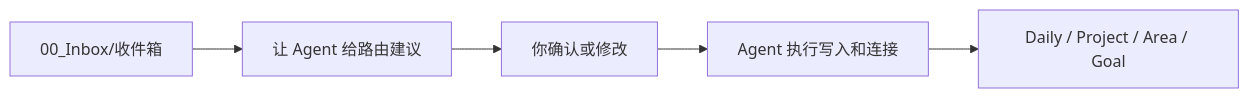
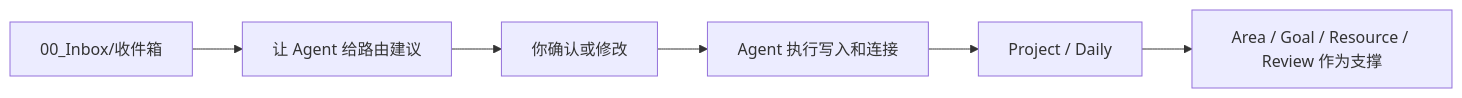
The diagram in vault-template/70_Dashboards/Inbox处理台.md (LerchWang/task-knowledge-management-template), drawn with Mermaid before and after one commit. The commit also changed other lines of this file and 8 other files, not shown here.

````diff
--- a/vault-template/70_Dashboards/Inbox处理台.md
+++ b/vault-template/70_Dashboards/Inbox处理台.md
@@ -14,7 +15,8 @@
 ```mermaid
 flowchart LR
   A["00_Inbox/收件箱"] --> B["让 Agent 给路由建议"]
   B --> C["你确认或修改"]
   C --> D["Agent 执行写入和连接"]
-  D --> E["Daily / Project / Area / Goal"]
+  D --> E["Project / Daily"]
+  E --> F["Area / Goal / Resource / Review 作为支撑"]
 ```
````
